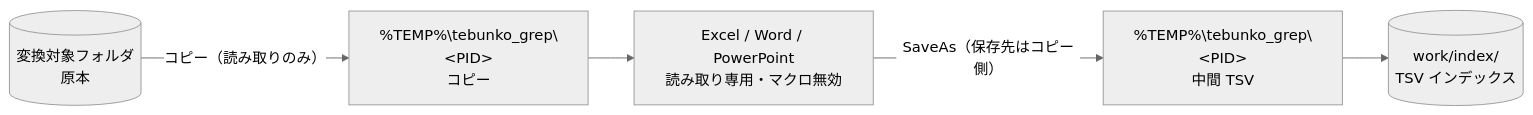
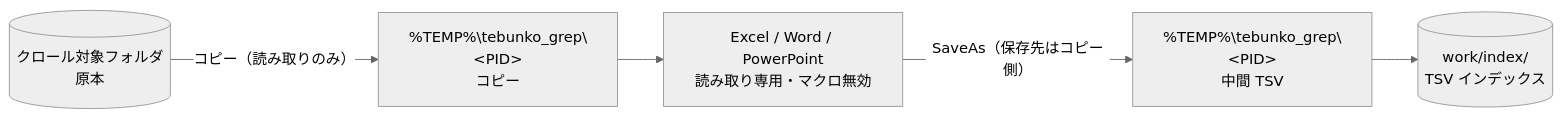
Before and after one commit to hsgwa/tebunko: the diagram in docs/04_安全性.md, drawn with Mermaid (neutral theme). The commit also changed other lines of this file and 98 other files, not shown here.

````diff
--- a/docs/04_安全性.md
+++ b/docs/04_安全性.md
@@ -121,13 +121,13 @@
 ```mermaid
 flowchart LR
-    src[("変換対象フォルダ<br>原本")]
+    src[("クロール対象フォルダ<br>原本")]
     copy["%TEMP%\tebunko_grep\#lt;PID#gt;<br>コピー"]
     office["Excel / Word / PowerPoint<br>読み取り専用・マクロ無効"]
     tsv["%TEMP%\tebunko_grep\#lt;PID#gt;<br>中間 TSV"]
     idx[("work/index/<br>TSV インデックス")]
 
     src -- "コピー（読み取りのみ）" --> copy
     copy --> office
     office -- "SaveAs（保存先はコピー側）" --> tsv
     tsv --> idx
 ```
````
